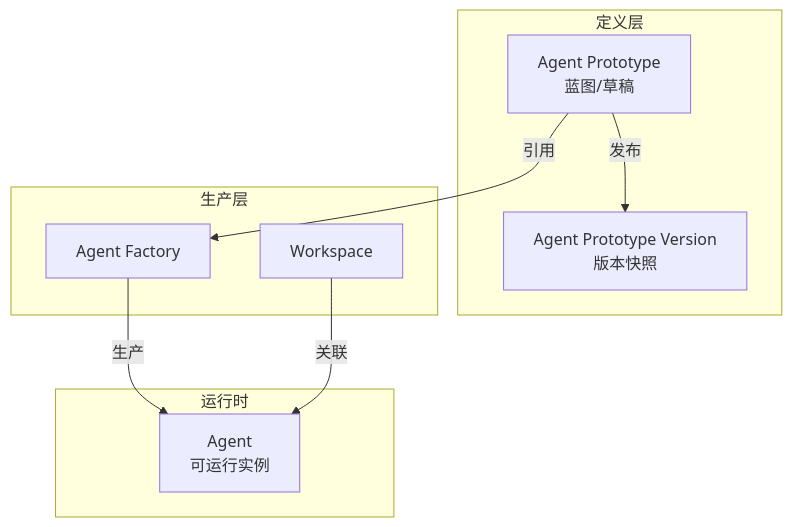
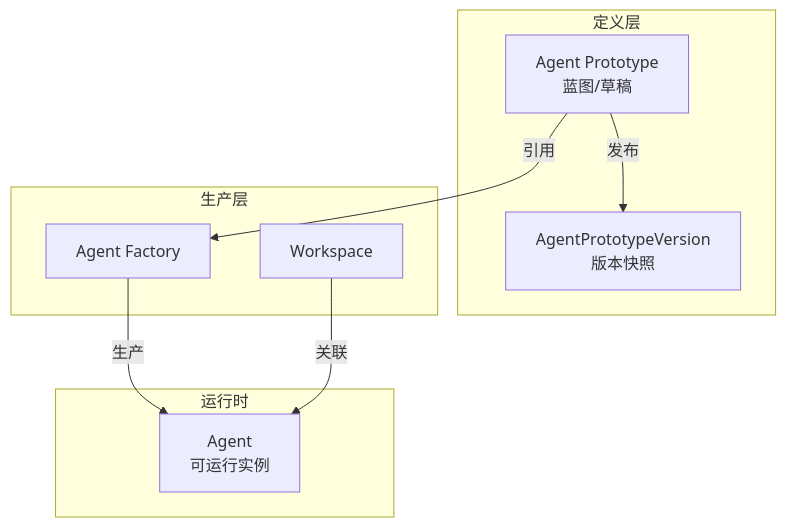
The first of 3 diagrams in neo/design/docs/technical/agents/agent-database-design.md (zhaoxin34/matrix), drawn with Mermaid before and after one commit. The commit also changed other lines of this file and 9 other files, not shown here.

````diff
--- a/neo/design/docs/technical/agents/agent-database-design.md
+++ b/neo/design/docs/technical/agents/agent-database-design.md
@@ -16,21 +16,21 @@
 ```mermaid
 flowchart TB
     subgraph "定义层"
         AP["Agent Prototype\n蓝图/草稿"]
-        APV["Agent Prototype Version\n版本快照"]
+        APV["AgentPrototypeVersion\n版本快照"]
     end
 
     subgraph "生产层"
         AF["Agent Factory"]
         WS["Workspace"]
     end
 
     subgraph "运行时"
         A["Agent\n可运行实例"]
     end
 
     AP -->|发布| APV
     AF -->|生产| A
     AP -->|引用| AF
     WS -->|关联| A
 ```
````
